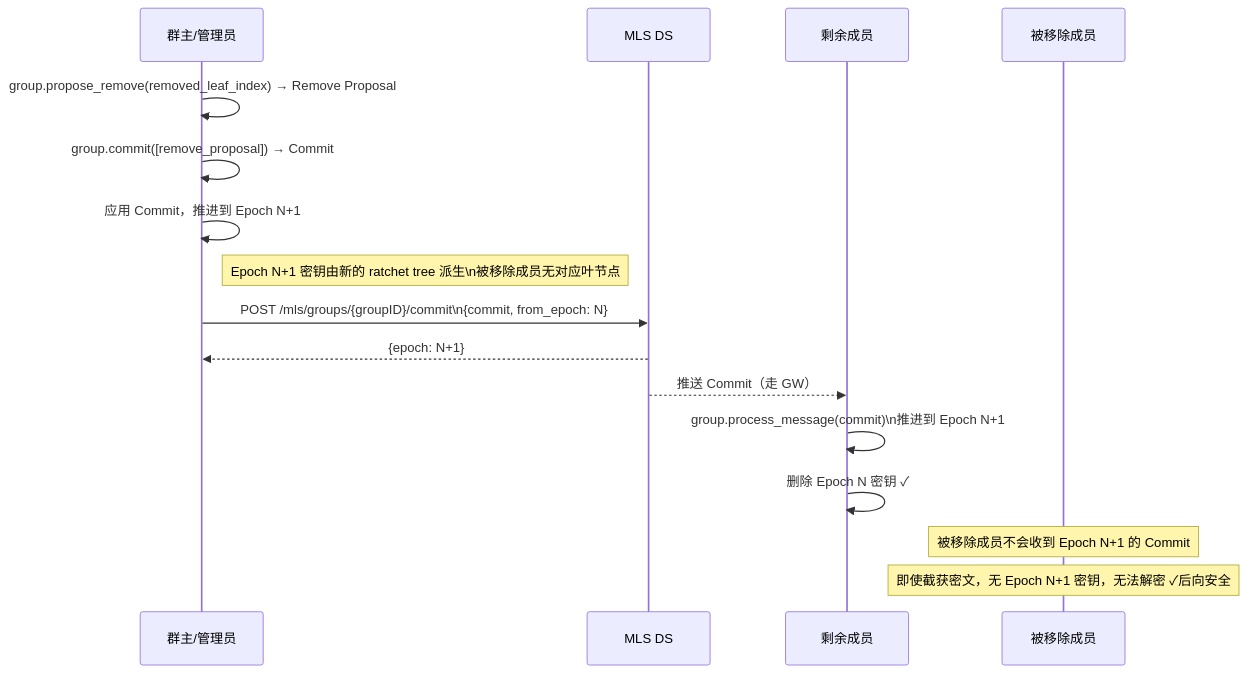
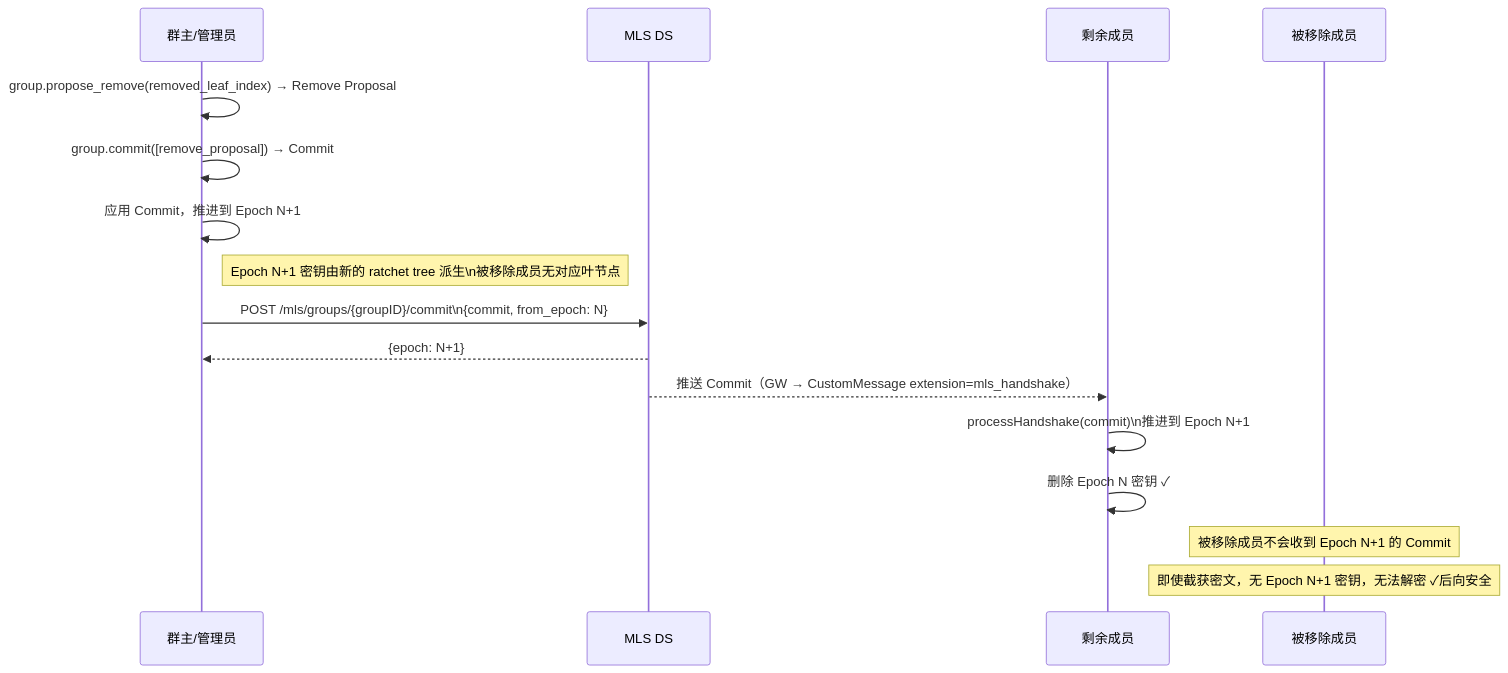
Before and after one commit to sok-im/open-im-server-origin: the seventh of 9 diagrams in e2ee-openmls-design.md, drawn with Mermaid. The commit also changed other lines of this file and 10 other files, not shown here.

````diff
--- a/e2ee-openmls-design.md
+++ b/e2ee-openmls-design.md
@@ -367,22 +407,22 @@
 ```mermaid
 sequenceDiagram
     participant Admin as 群主/管理员
     participant DS as MLS DS
     participant Remaining as 剩余成员
     participant Removed as 被移除成员
 
     Admin->>Admin: group.propose_remove(removed_leaf_index) → Remove Proposal
     Admin->>Admin: group.commit([remove_proposal]) → Commit
     Admin->>Admin: 应用 Commit，推进到 Epoch N+1
     Note right of Admin: Epoch N+1 密钥由新的 ratchet tree 派生\n被移除成员无对应叶节点
 
     Admin->>DS: POST /mls/groups/{groupID}/commit\n{commit, from_epoch: N}
     DS-->>Admin: {epoch: N+1}
 
-    DS-->>Remaining: 推送 Commit（走 GW）
-    Remaining->>Remaining: group.process_message(commit)\n推进到 Epoch N+1
+    DS-->>Remaining: 推送 Commit（GW → CustomMessage extension=mls_handshake）
+    Remaining->>Remaining: processHandshake(commit)\n推进到 Epoch N+1
     Remaining->>Remaining: 删除 Epoch N 密钥 ✓
 
     Note over Removed: 被移除成员不会收到 Epoch N+1 的 Commit
     Note over Removed: 即使截获密文，无 Epoch N+1 密钥，无法解密 ✓后向安全
 ```
````
